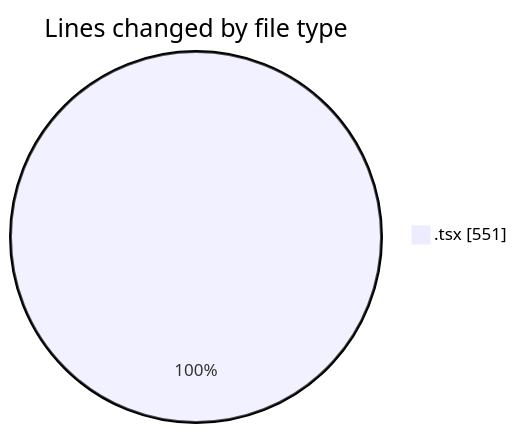
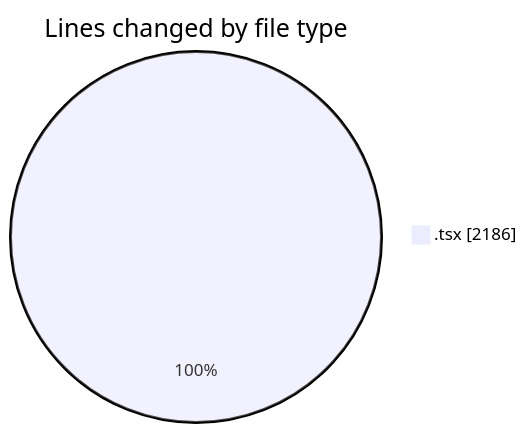
The first of 2 diagrams in 2026-06-24/nxtqube_webapp/README.md (nxtqubesakshisongat/code-tracking), drawn with Mermaid before and after one commit. The commit also changed other lines of this file and 1 other file, not shown here.

````diff
--- a/2026-06-24/nxtqube_webapp/README.md
+++ b/2026-06-24/nxtqube_webapp/README.md
@@ -20,5 +21,5 @@
 ```mermaid
 pie showData
 title Lines changed by file type
-".tsx" : 551
+".tsx" : 2186
 ```
````
